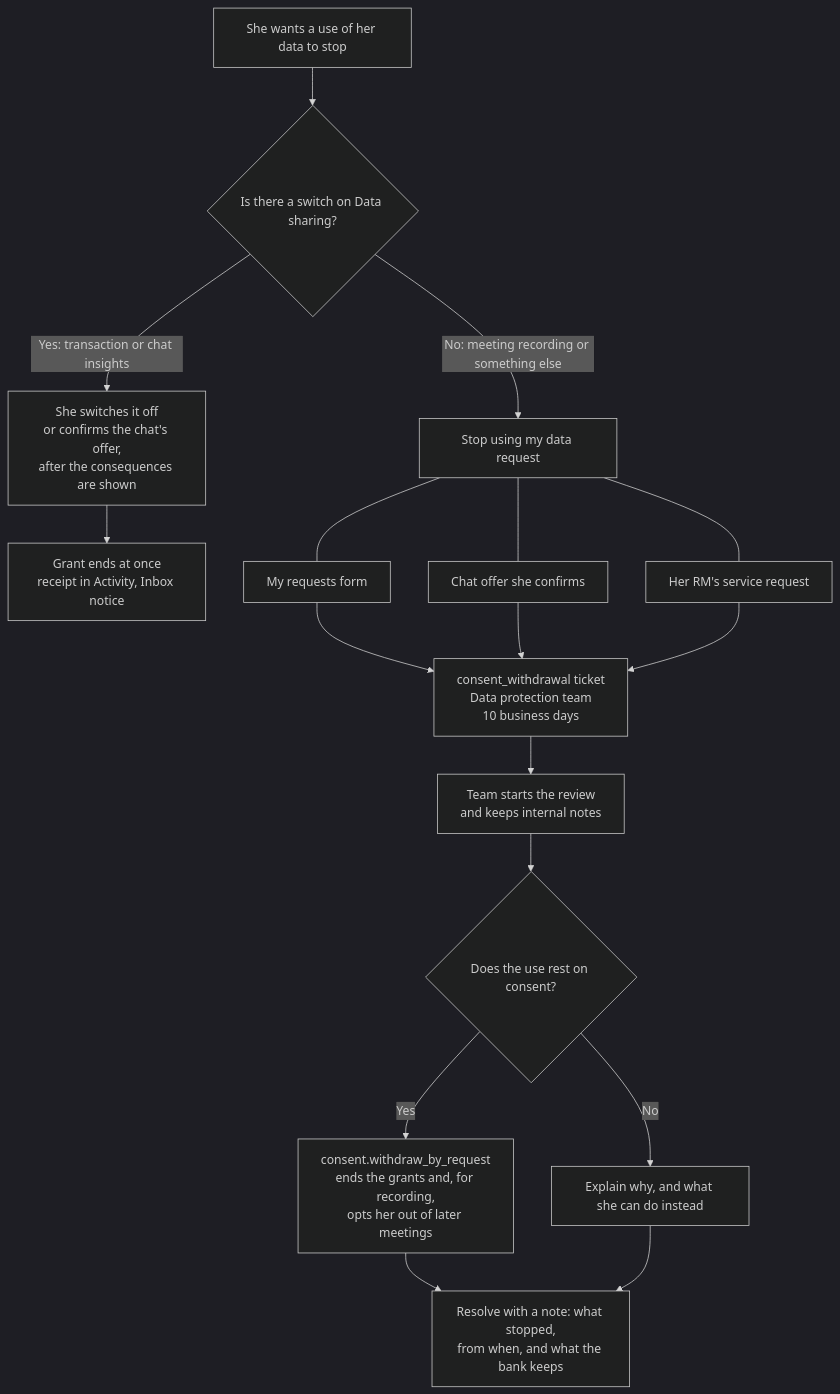
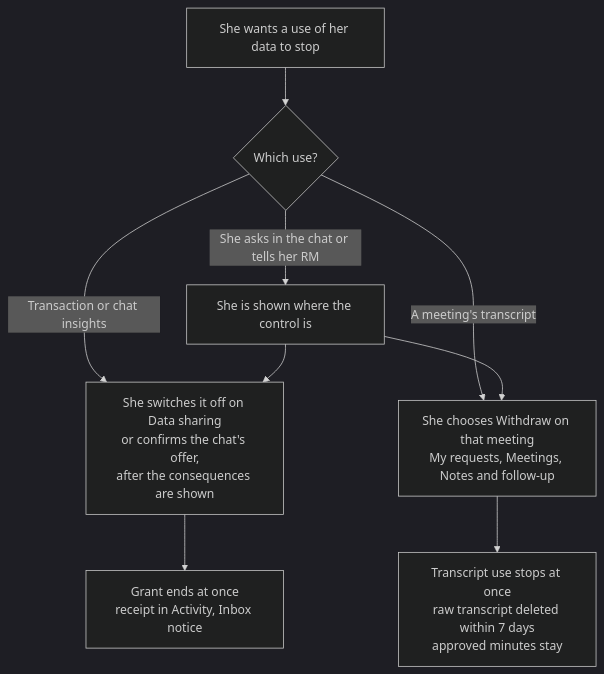
The diagram in docs/pdpa-baseline.md (deniseLie/IS4000_Group7), drawn with Mermaid (dark theme) before and after one commit. The commit also changed other lines of this file and 21 other files, not shown here.

````diff
--- a/docs/pdpa-baseline.md
+++ b/docs/pdpa-baseline.md
@@ -82,19 +85,11 @@
 ```mermaid
 flowchart TD
-  A[She wants a use of her data to stop] --> B{Is there a switch on Data sharing?}
-  B -- "Yes: transaction or chat insights" --> C[She switches it off<br/>or confirms the chat's offer,<br/>after the consequences are shown]
+  A[She wants a use of her data to stop] --> B{Which use?}
+  B -- "Transaction or chat insights" --> C[She switches it off on Data sharing<br/>or confirms the chat's offer,<br/>after the consequences are shown]
   C --> D[Grant ends at once<br/>receipt in Activity, Inbox notice]
-  B -- "No: meeting recording or something else" --> E[Stop using my data request]
-  E --- E1[My requests form]
-  E --- E2[Chat offer she confirms]
-  E --- E3[Her RM's service request]
-  E1 --> F[consent_withdrawal ticket<br/>Data protection team<br/>10 business days]
-  E2 --> F
-  E3 --> F
-  F --> G[Team starts the review<br/>and keeps internal notes]
-  G --> H{Does the use rest on consent?}
-  H -- Yes --> I[consent.withdraw_by_request<br/>ends the grants and, for recording,<br/>opts her out of later meetings]
-  H -- No --> J[Explain why, and what she can do instead]
-  I --> K[Resolve with a note: what stopped,<br/>from when, and what the bank keeps]
-  J --> K
+  B -- "A meeting's transcript" --> E[She chooses Withdraw on that meeting<br/>My requests, Meetings, Notes and follow-up]
+  E --> F[Transcript use stops at once<br/>raw transcript deleted within 7 days<br/>approved minutes stay]
+  B -- "She asks in the chat or tells her RM" --> G[She is shown where the control is]
+  G --> C
+  G --> E
 ```
````
